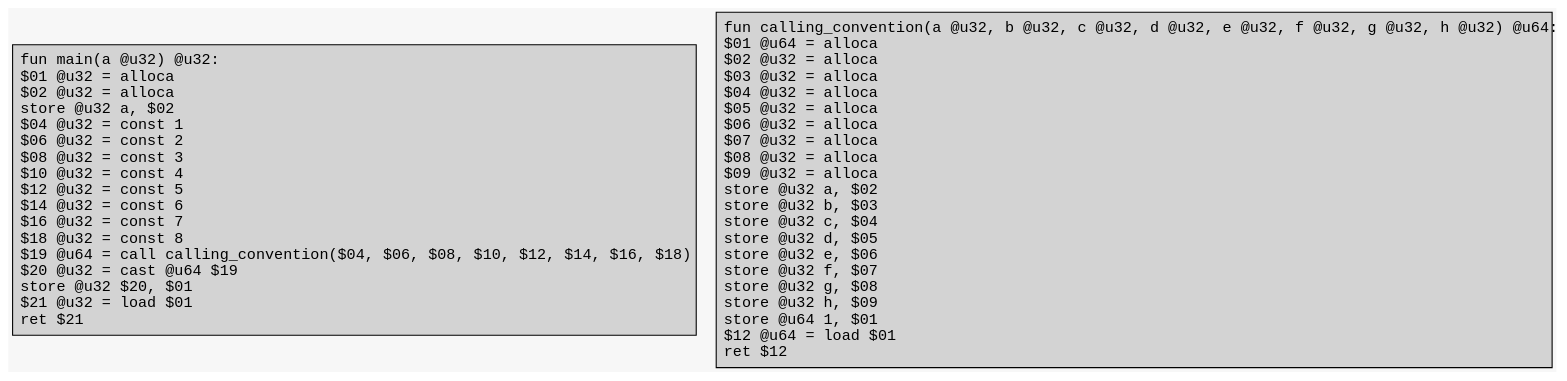
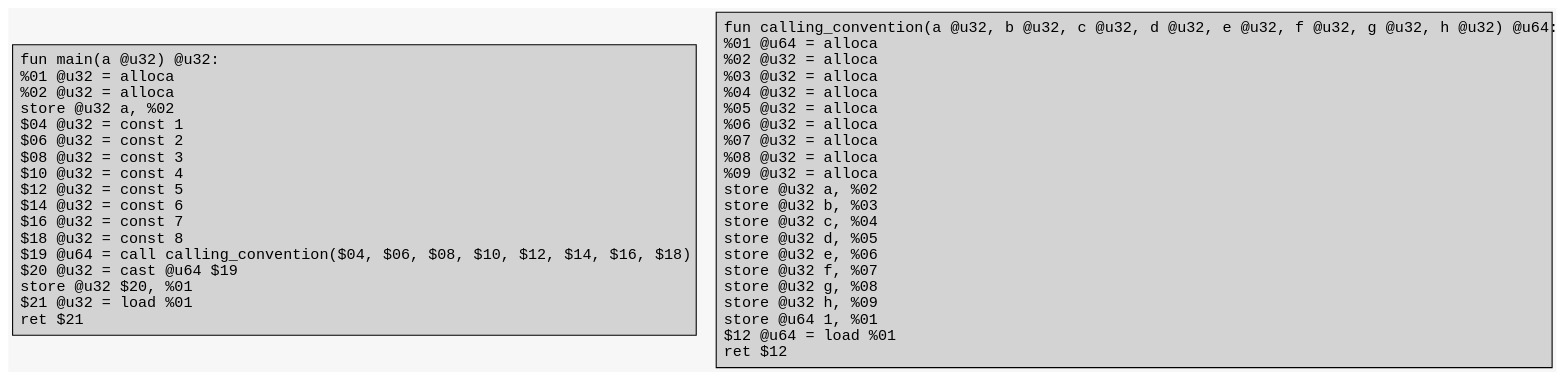
Before and after one commit to Excse/arkoi_language: the diagram in example/cc/cc_opt.dot, drawn with Graphviz. The commit also changed 8 other files, not shown here.

```diff
--- a/example/cc/cc_opt.dot
+++ b/example/cc/cc_opt.dot
@@ -1,10 +1,10 @@
 digraph CFG {
 	graph [fontname = "Monospace"];
 	node  [fontname = "Monospace", shape=box, style=filled, margin=0.1];
 	edge  [fontname = "Monospace"];
 	bgcolor = "#f7f7f7";
 	splines = false;
 
-	L0 [label="fun main(a @u32) @u32:\l $01 @u32 = alloca\l $02 @u32 = alloca\l store @u32 a, $02\l $04 @u32 = const 1\l $06 @u32 = const 2\l $08 @u32 = const 3\l $10 @u32 = const 4\l $12 @u32 = const 5\l $14 @u32 = const 6\l $16 @u32 = const 7\l $18 @u32 = const 8\l $19 @u64 = call calling_convention($04, $06, $08, $10, $12, $14, $16, $18)\l $20 @u32 = cast @u64 $19\l store @u32 $20, $01\l $21 @u32 = load $01\l ret $21\l"];
-	L2 [label="fun calling_convention(a @u32, b @u32, c @u32, d @u32, e @u32, f @u32, g @u32, h @u32) @u64:\l $01 @u64 = alloca\l $02 @u32 = alloca\l $03 @u32 = alloca\l $04 @u32 = alloca\l $05 @u32 = alloca\l $06 @u32 = alloca\l $07 @u32 = alloca\l $08 @u32 = alloca\l $09 @u32 = alloca\l store @u32 a, $02\l store @u32 b, $03\l store @u32 c, $04\l store @u32 d, $05\l store @u32 e, $06\l store @u32 f, $07\l store @u32 g, $08\l store @u32 h, $09\l store @u64 1, $01\l $12 @u64 = load $01\l ret $12\l"];
+	L0 [label="fun main(a @u32) @u32:\l %01 @u32 = alloca\l %02 @u32 = alloca\l store @u32 a, %02\l $04 @u32 = const 1\l $06 @u32 = const 2\l $08 @u32 = const 3\l $10 @u32 = const 4\l $12 @u32 = const 5\l $14 @u32 = const 6\l $16 @u32 = const 7\l $18 @u32 = const 8\l $19 @u64 = call calling_convention($04, $06, $08, $10, $12, $14, $16, $18)\l $20 @u32 = cast @u64 $19\l store @u32 $20, %01\l $21 @u32 = load %01\l ret $21\l"];
+	L2 [label="fun calling_convention(a @u32, b @u32, c @u32, d @u32, e @u32, f @u32, g @u32, h @u32) @u64:\l %01 @u64 = alloca\l %02 @u32 = alloca\l %03 @u32 = alloca\l %04 @u32 = alloca\l %05 @u32 = alloca\l %06 @u32 = alloca\l %07 @u32 = alloca\l %08 @u32 = alloca\l %09 @u32 = alloca\l store @u32 a, %02\l store @u32 b, %03\l store @u32 c, %04\l store @u32 d, %05\l store @u32 e, %06\l store @u32 f, %07\l store @u32 g, %08\l store @u32 h, %09\l store @u64 1, %01\l $12 @u64 = load %01\l ret $12\l"];
 }
```
